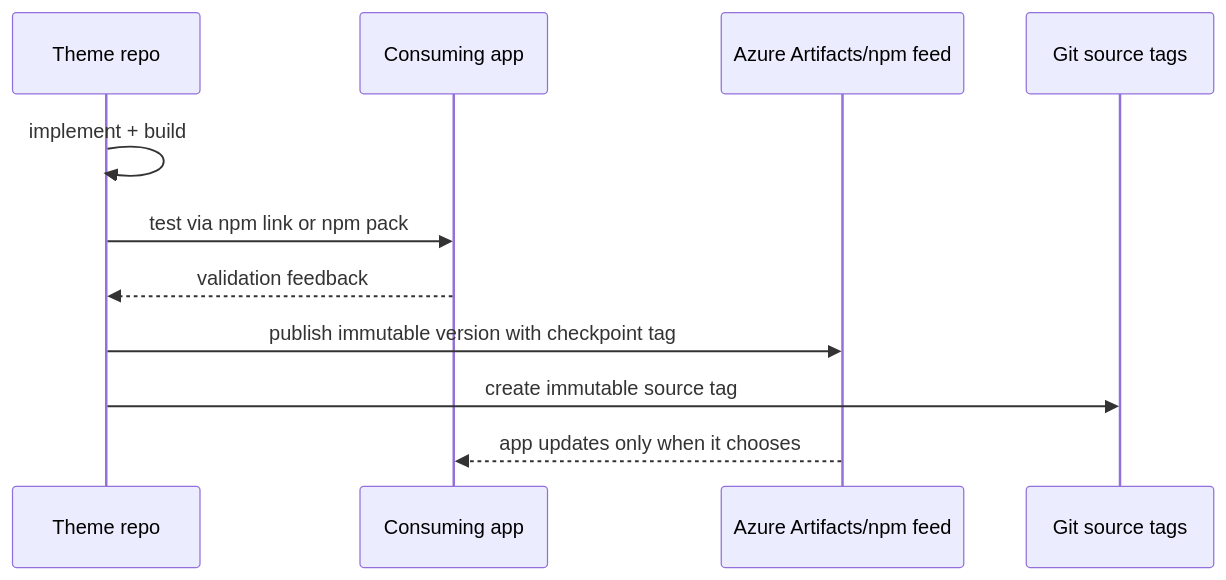
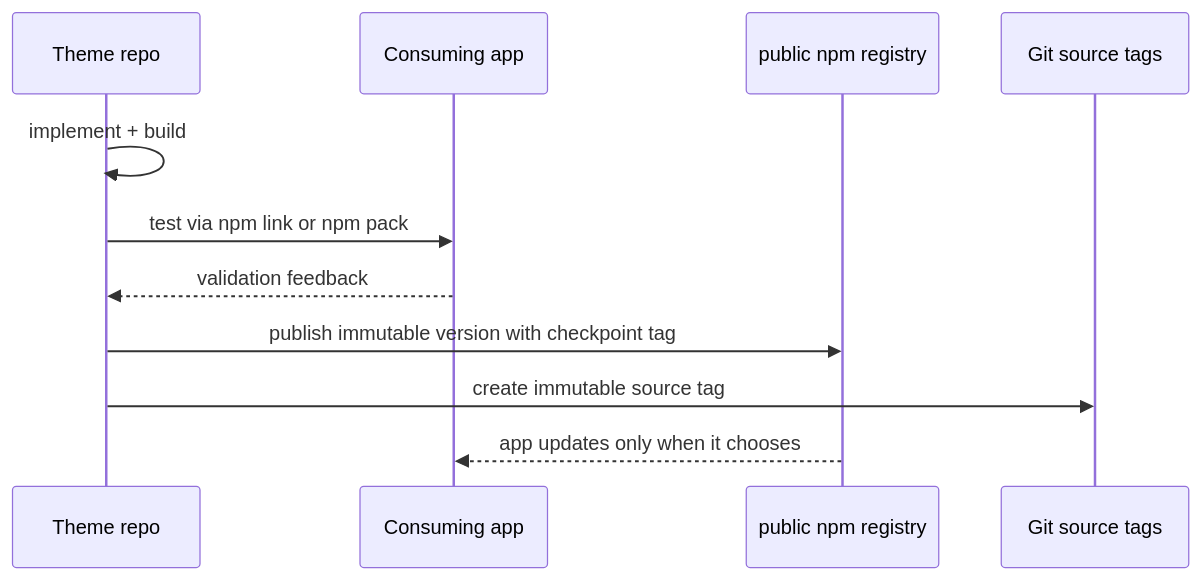
One commit to inRiver/inflow-react changed the second of 2 diagrams in docs/VERSIONING.md. Above: the diagram before and after it, drawn with Mermaid. The commit also changed other lines of this file and 4 other files, not shown here.

````diff
--- a/docs/VERSIONING.md
+++ b/docs/VERSIONING.md
@@ -86,14 +86,14 @@
 ```mermaid
 sequenceDiagram
   participant Theme as Theme repo
   participant App as Consuming app
-  participant Feed as Azure Artifacts/npm feed
+  participant Feed as public npm registry
   participant Git as Git source tags
 
   Theme->>Theme: implement + build
   Theme->>App: test via npm link or npm pack
   App-->>Theme: validation feedback
   Theme->>Feed: publish immutable version with checkpoint tag
   Theme->>Git: create immutable source tag
   Feed-->>App: app updates only when it chooses
 ```
````
